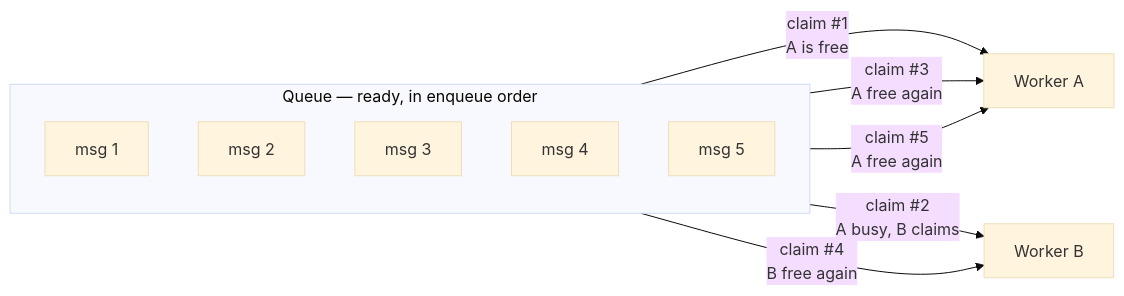
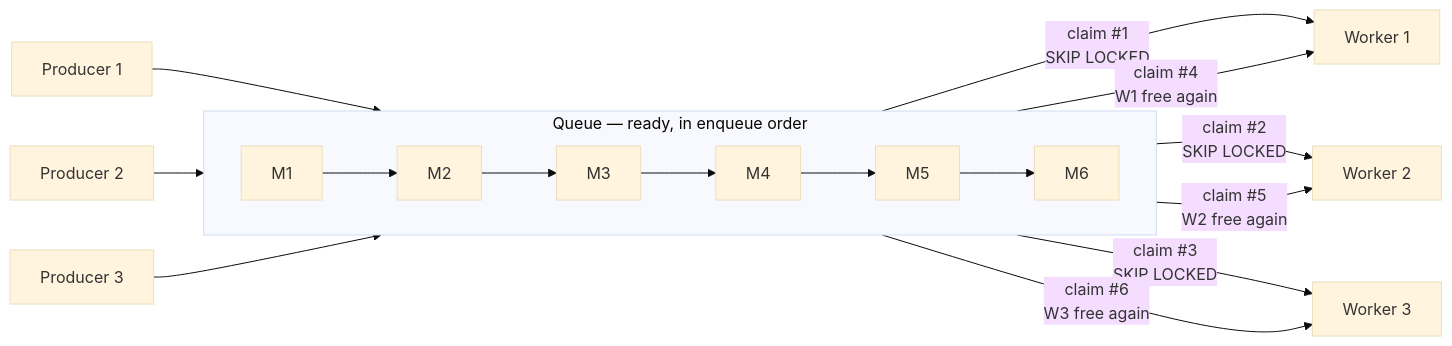
The first of 2 diagrams in docs/DESIGN.md (Clemkd/junction), drawn with Mermaid (base theme) before and after one commit. The commit also changed other lines of this file, not shown here.

Commit message:
Expand the Queue diagram: multiple producers, 6 messages, direct claims
Adopts the multi-producer + boxed-queue-of-messages layout, without the
"Dispatcher" node from the original sketch — Junction has no such
component; each worker claims straight from the table via SKIP LOCKED,
so a dispatcher would misrepresent the architecture. Arrows now say so
explicitly instead of just numbering the claim.

````diff
--- a/docs/DESIGN.md
+++ b/docs/DESIGN.md
@@ -13,16 +15,18 @@
 ```mermaid
 flowchart LR
+    P1[Producer 1] --> Q
+    P2[Producer 2] --> Q
+    P3[Producer 3] --> Q
+
     subgraph Q["Queue — ready, in enqueue order"]
-        direction TB
-        m1["msg 1"]
-        m2["msg 2"]
-        m3["msg 3"]
-        m4["msg 4"]
-        m5["msg 5"]
+        direction LR
+        m1[M1] --> m2[M2] --> m3[M3] --> m4[M4] --> m5[M5] --> m6[M6]
     end
-    m1 -->|"claim #1<br/>A is free"| A[Worker A]
-    m2 -->|"claim #2<br/>A busy, B claims"| B[Worker B]
-    m3 -->|"claim #3<br/>A free again"| A
-    m4 -->|"claim #4<br/>B free again"| B
-    m5 -->|"claim #5<br/>A free again"| A
+
+    m1 -->|"claim #1<br/>SKIP LOCKED"| W1[Worker 1]
+    m2 -->|"claim #2<br/>SKIP LOCKED"| W2[Worker 2]
+    m3 -->|"claim #3<br/>SKIP LOCKED"| W3[Worker 3]
+    m4 -->|"claim #4<br/>W1 free again"| W1
+    m5 -->|"claim #5<br/>W2 free again"| W2
+    m6 -->|"claim #6<br/>W3 free again"| W3
 ```
````
